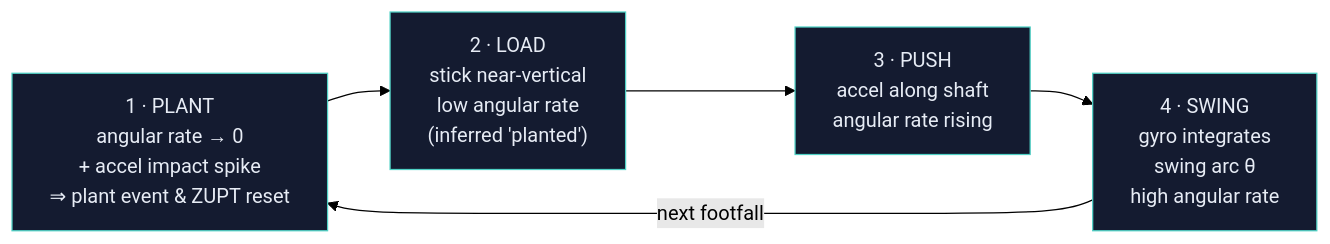
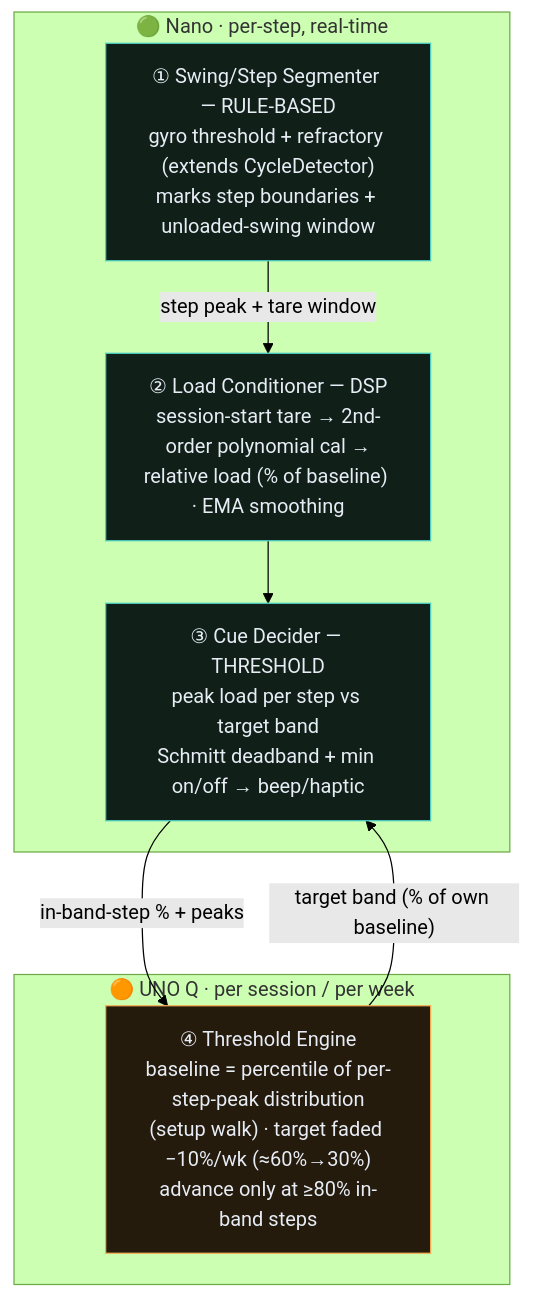
The second of 4 diagrams in docs/architecture.md (ovenmakemeheat/moonwalk-sw), drawn with Mermaid (forest theme) before and after one commit. The commit also changed other lines of this file and 8 other files, not shown here.

First line of the commit message:
Add WSFC processing decisions, metrics spec, and ML roadmap

````diff
--- a/docs/architecture.md
+++ b/docs/architecture.md
@@ -68,12 +85,21 @@
 ```mermaid
-flowchart LR
-    P["1 · PLANT<br/>angular rate → 0<br/>+ accel impact spike<br/>⇒ plant event & ZUPT reset"]
-    L["2 · LOAD<br/>stick near-vertical<br/>low angular rate<br/>(inferred 'planted')"]
-    U["3 · PUSH<br/>accel along shaft<br/>angular rate rising"]
-    S["4 · SWING<br/>gyro integrates<br/>swing arc θ<br/>high angular rate"]
+flowchart TB
+    subgraph NANOLOOP["🟢 Nano · per-step, real-time"]
+        SEG["① Swing/Step Segmenter — RULE-BASED<br/>gyro threshold + refractory (extends CycleDetector)<br/>marks step boundaries + unloaded-swing window"]
+        COND["② Load Conditioner — DSP<br/>session-start tare → 2nd-order polynomial cal →<br/>relative load (% of baseline) · EMA smoothing"]
+        DEC["③ Cue Decider — THRESHOLD<br/>peak load per step vs target band<br/>Schmitt deadband + min on/off → beep/haptic"]
+        SEG -->|step peak + tare window| COND --> DEC
+    end
 
-    P --> L --> U --> S -->|next footfall| P
+    subgraph UNOQLOOP["🟠 UNO Q · per session / per week"]
+        TENG["④ Threshold Engine<br/>baseline = percentile of per-step-peak distribution<br/>(setup walk) · target faded −10%/wk (≈60%→30%)<br/>advance only at ≥80% in-band steps"]
+    end
 
-    classDef phase fill:#141b30,stroke:#4fd1c5,color:#e7ecf5;
-    class P,L,U,S phase;
+    TENG -->|"target band (% of own baseline)"| DEC
+    DEC -->|"in-band-step % + peaks"| TENG
+
+    classDef nano fill:#102019,stroke:#4fd1c5,stroke-width:1px,color:#e7ecf5;
+    classDef uno fill:#241b0d,stroke:#f6ad55,stroke-width:1px,color:#e7ecf5;
+    class SEG,COND,DEC nano;
+    class TENG uno;
 ```
````
